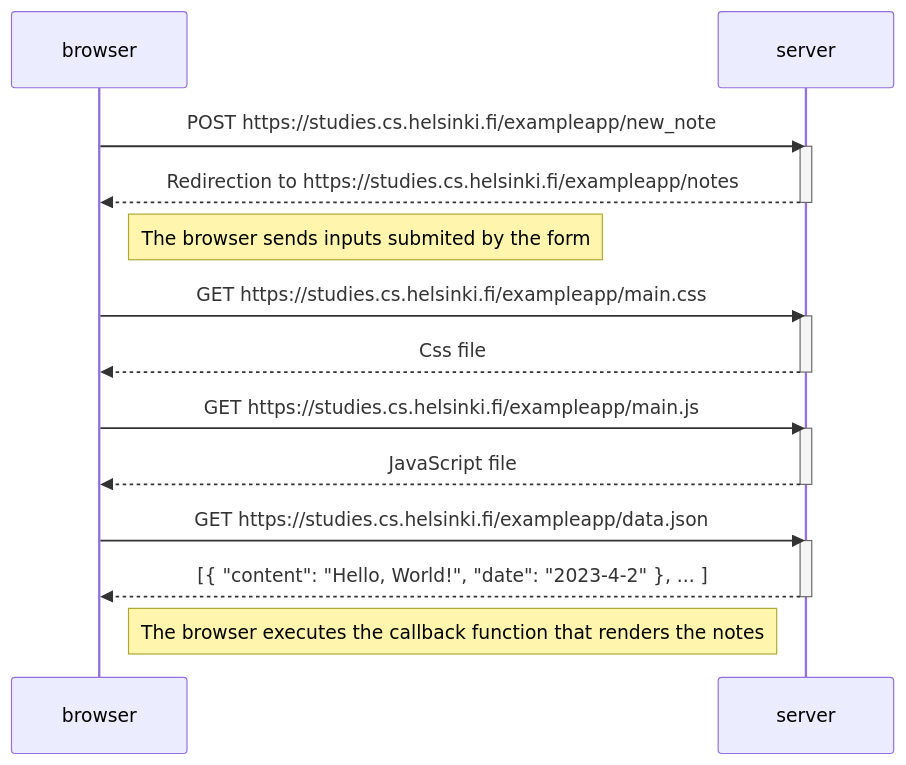
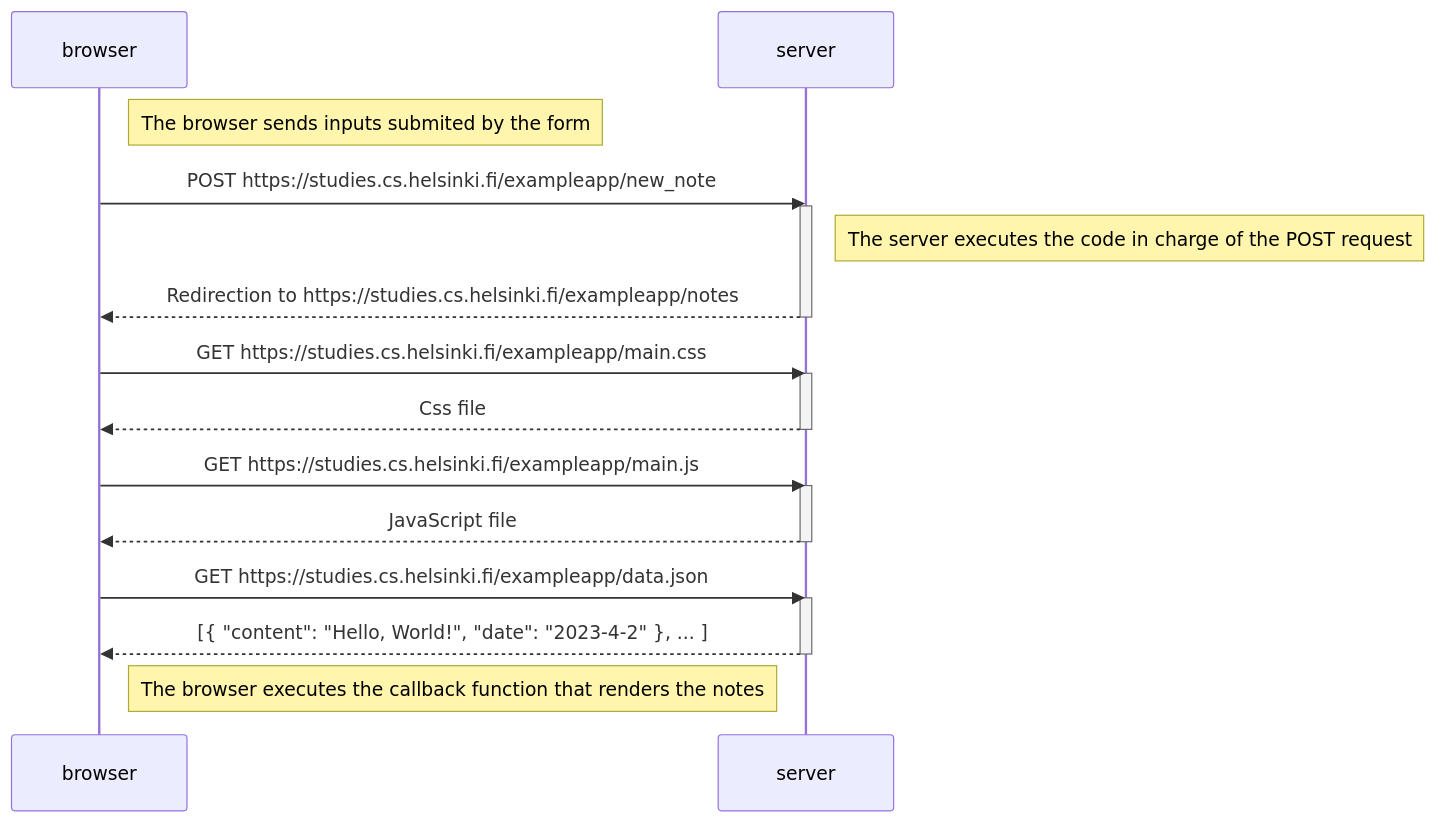
The diagram in part0/0-4.md (Eziones/fullstackopen-exercises), drawn with Mermaid before and after one commit.

````diff
--- a/part0/0-4.md
+++ b/part0/0-4.md
@@ -1,29 +1,31 @@
 ```mermaid
 sequenceDiagram
     participant browser
     participant server
-
+    
+    Note right of browser: The browser sends inputs submited by the form
+    
     browser->>server: POST https://studies.cs.helsinki.fi/exampleapp/new_note
-    activate server
+    activate server    
+    Note right of server: The server executes the code in charge of the POST request
     server-->>browser: Redirection to https://studies.cs.helsinki.fi/exampleapp/notes
     deactivate server
-    
-    Note right of browser: The browser sends inputs submited by the form
+        
     
     browser->>server: GET https://studies.cs.helsinki.fi/exampleapp/main.css
     activate server
     server-->>browser: Css file
     deactivate server
 
     browser->>server: GET https://studies.cs.helsinki.fi/exampleapp/main.js
     activate server
     server-->>browser: JavaScript file
     deactivate server
 
     browser->>server: GET https://studies.cs.helsinki.fi/exampleapp/data.json
     activate server
     server-->>browser: [{ "content": "Hello, World!", "date": "2023-4-2" }, ... ]
     deactivate server
 
     Note right of browser: The browser executes the callback function that renders the notes
 ```
````
